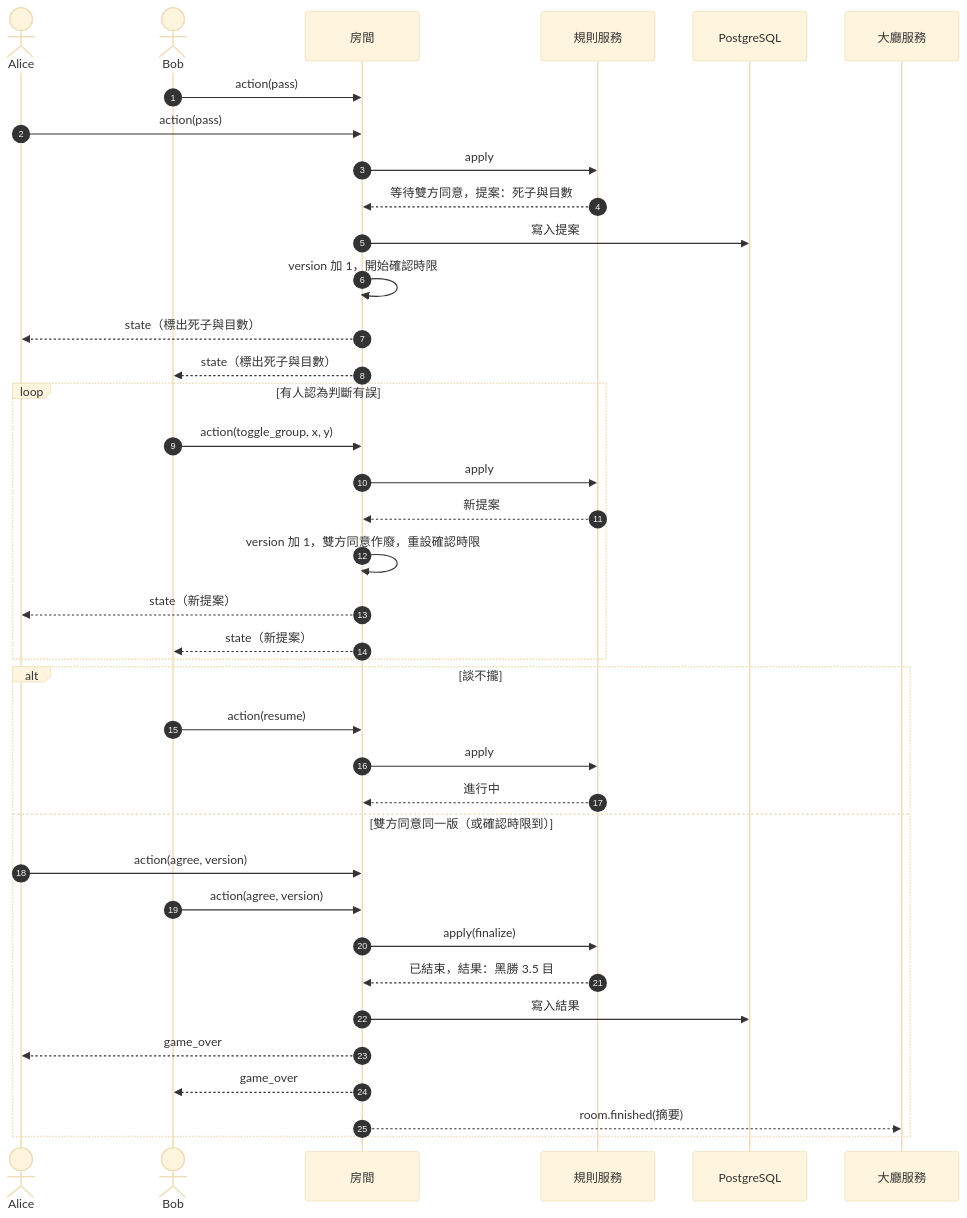
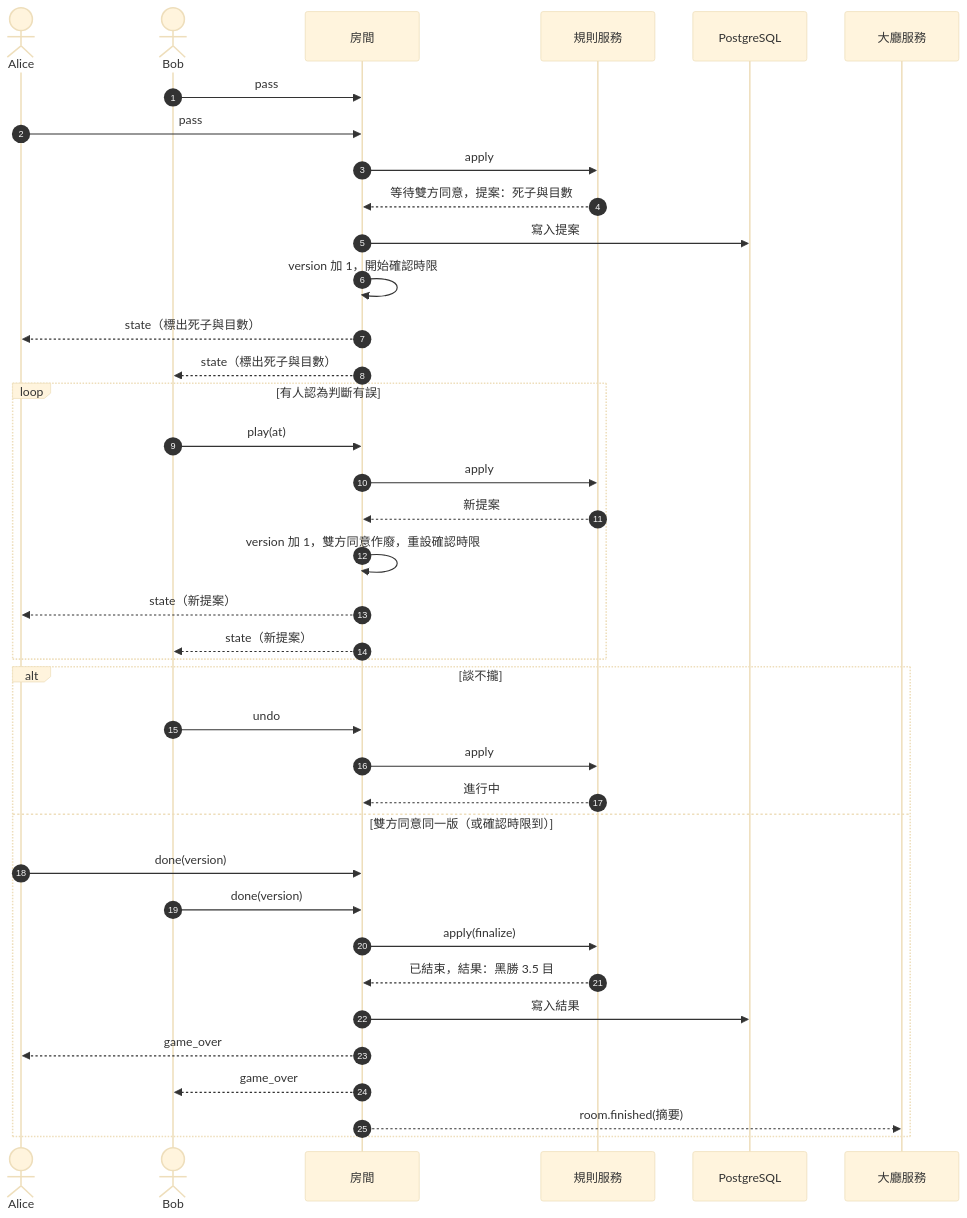
The third of 4 diagrams in docs/spec_v1.md (yshsu0918/yi-arena), drawn with Mermaid (base theme) before and after one commit. The commit also changed other lines of this file and 4 other files, not shown here.

````diff
--- a/docs/spec_v1.md
+++ b/docs/spec_v1.md
@@ -227,41 +228,41 @@
 ```mermaid
 sequenceDiagram
   autonumber
   actor A as Alice
   actor B as Bob
   participant R as 房間
   participant S as 規則服務
   participant DB as PostgreSQL
   participant L as 大廳服務
 
-  B->>R: action(pass)
-  A->>R: action(pass)
+  B->>R: pass
+  A->>R: pass
   R->>S: apply
   S-->>R: 等待雙方同意，提案：死子與目數
   R->>DB: 寫入提案
   R->>R: version 加 1，開始確認時限
   R-->>A: state（標出死子與目數）
   R-->>B: state（標出死子與目數）
   loop 有人認為判斷有誤
-    B->>R: action(toggle_group, x, y)
+    B->>R: play(at)
     R->>S: apply
     S-->>R: 新提案
     R->>R: version 加 1，雙方同意作廢，重設確認時限
     R-->>A: state（新提案）
     R-->>B: state（新提案）
   end
   alt 談不攏
-    B->>R: action(resume)
+    B->>R: undo
     R->>S: apply
     S-->>R: 進行中
   else 雙方同意同一版（或確認時限到）
-    A->>R: action(agree, version)
-    B->>R: action(agree, version)
+    A->>R: done(version)
+    B->>R: done(version)
     R->>S: apply(finalize)
     S-->>R: 已結束，結果：黑勝 3.5 目
     R->>DB: 寫入結果
     R-->>A: game_over
     R-->>B: game_over
     R-->>L: room.finished(摘要)
   end
 ```
````
